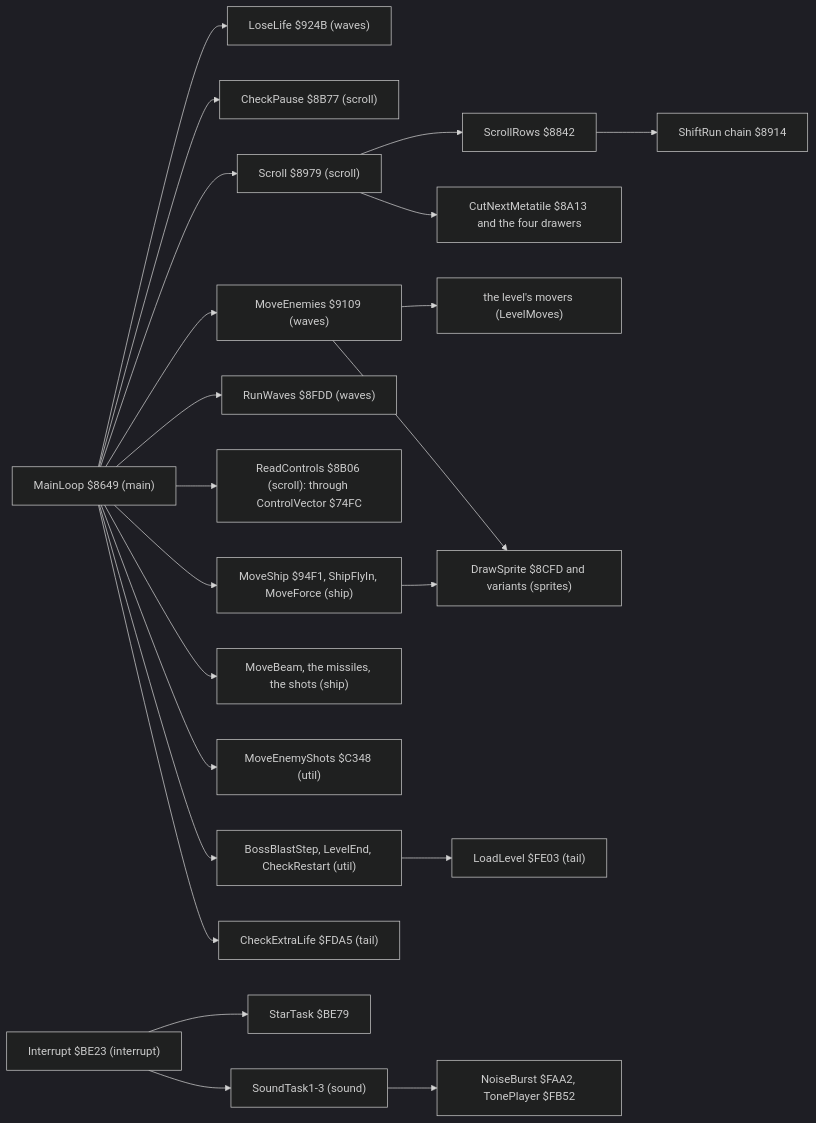
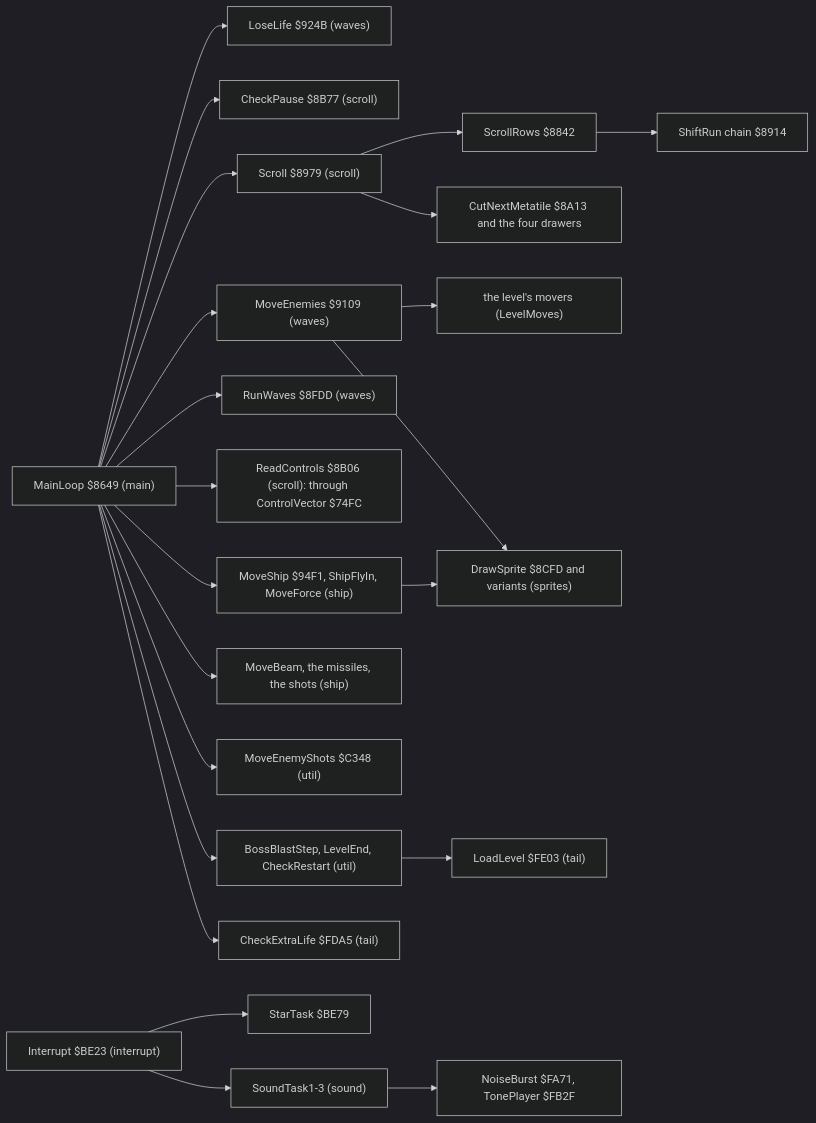
The second of 3 diagrams in games/r-type/docs/02-architecture.md (alfishe/unrealng-reverse-cases), drawn with Mermaid (dark theme) before and after one commit. The commit also changed other lines of this file and 31 other files, not shown here.

````diff
--- a/games/r-type/docs/02-architecture.md
+++ b/games/r-type/docs/02-architecture.md
@@ -351,24 +352,24 @@
 ```mermaid
 flowchart LR
     ML["MainLoop $8649 (main)"] --> LL["LoseLife $924B (waves)"]
     ML --> CP["CheckPause $8B77 (scroll)"]
     ML --> SC["Scroll $8979 (scroll)"]
     SC --> SR["ScrollRows $8842"]
     SR --> SH["ShiftRun chain $8914"]
     SC --> CM["CutNextMetatile $8A13 and the four drawers"]
     ML --> ME["MoveEnemies $9109 (waves)"]
     ME --> MV["the level's movers (LevelMoves)"]
     ME --> DS["DrawSprite $8CFD and variants (sprites)"]
     ML --> RW["RunWaves $8FDD (waves)"]
     ML --> RC["ReadControls $8B06 (scroll): through ControlVector $74FC"]
     ML --> MS["MoveShip $94F1, ShipFlyIn, MoveForce (ship)"]
     MS --> DS
     ML --> WP["MoveBeam, the missiles, the shots (ship)"]
     ML --> ES["MoveEnemyShots $C348 (util)"]
     ML --> TL["BossBlastStep, LevelEnd, CheckRestart (util)"]
     ML --> XL["CheckExtraLife $FDA5 (tail)"]
     TL --> LD["LoadLevel $FE03 (tail)"]
     INT["Interrupt $BE23 (interrupt)"] --> ST["StarTask $BE79"]
     INT --> SND["SoundTask1-3 (sound)"]
-    SND --> NB["NoiseBurst $FAA2, TonePlayer $FB52"]
+    SND --> NB["NoiseBurst $FA71, TonePlayer $FB2F"]
 ```
````
